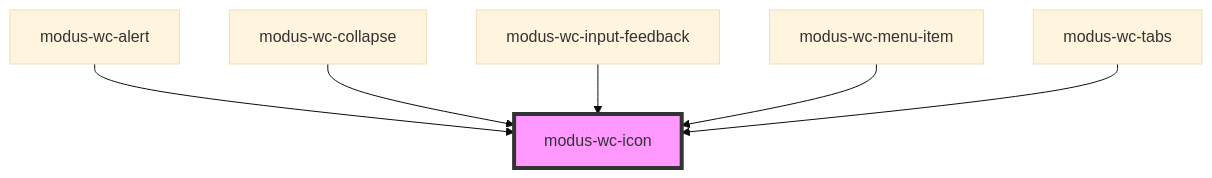
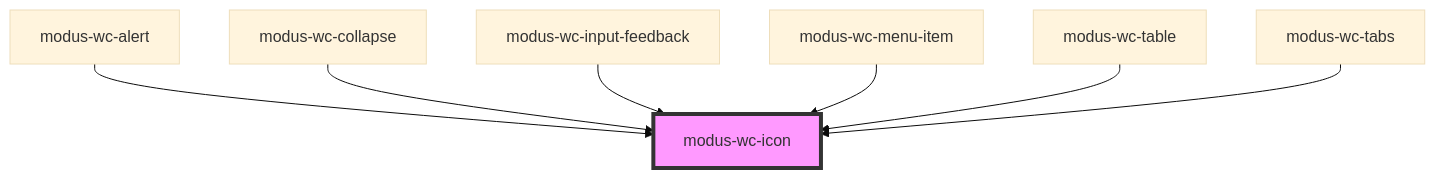
One commit to trimble-oss/modus-wc-2.0 changed the diagram in src/components/modus-wc-icon/readme.md. Above: the diagram before and after it, drawn with Mermaid (base theme). The commit also changed other lines of this file and 8 other files, not shown here.

````diff
--- a/src/components/modus-wc-icon/readme.md
+++ b/src/components/modus-wc-icon/readme.md
@@ -37,9 +38,10 @@
 ```mermaid
 graph TD;
   modus-wc-alert --> modus-wc-icon
   modus-wc-collapse --> modus-wc-icon
   modus-wc-input-feedback --> modus-wc-icon
   modus-wc-menu-item --> modus-wc-icon
+  modus-wc-table --> modus-wc-icon
   modus-wc-tabs --> modus-wc-icon
   style modus-wc-icon fill:#f9f,stroke:#333,stroke-width:4px
 ```
````
